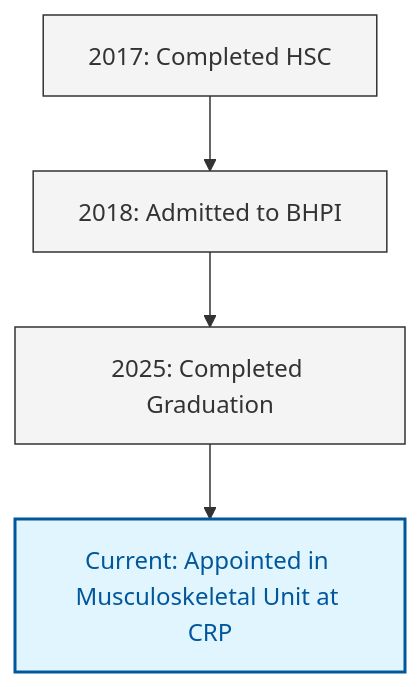
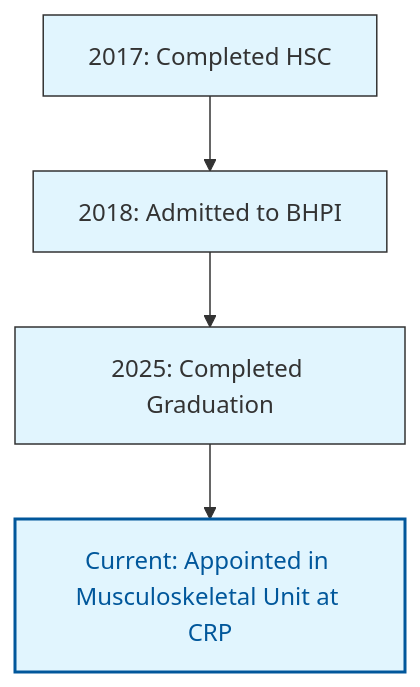
Before and after one commit to mahdi-ul-bari/mahdi-ul-bari.github.io: the diagram in _pages/about.md, drawn with Mermaid.

````diff
--- a/_pages/about.md
+++ b/_pages/about.md
@@ -71,19 +71,19 @@
 ```mermaid
 graph TD
     %% Node Definitions
     Node1[2017: Completed HSC]
     Node2[2018: Admitted to BHPI]
     Node3[2025: Completed Graduation]
     Node4[Current: Appointed in Musculoskeletal Unit at CRP]
 
     %% Connections
     Node1 --> Node2
     Node2 --> Node3
     Node3 --> Node4
 
     %% Styling for Professional Look
-    style Node1 fill:#f4f4f4,stroke:#333,stroke-width:1px
-    style Node2 fill:#f4f4f4,stroke:#333,stroke-width:1px
-    style Node3 fill:#f4f4f4,stroke:#333,stroke-width:1px
+    style Node1 fill:#e1f5fe,stroke:#333,stroke-width:1px
+    style Node2 fill:#e1f5fe,stroke:#333,stroke-width:1px
+    style Node3 fill:#e1f5fe,stroke:#333,stroke-width:1px
     style Node4 fill:#e1f5fe,stroke:#01579b,stroke-width:2px,color:#01579b
 ```
````
